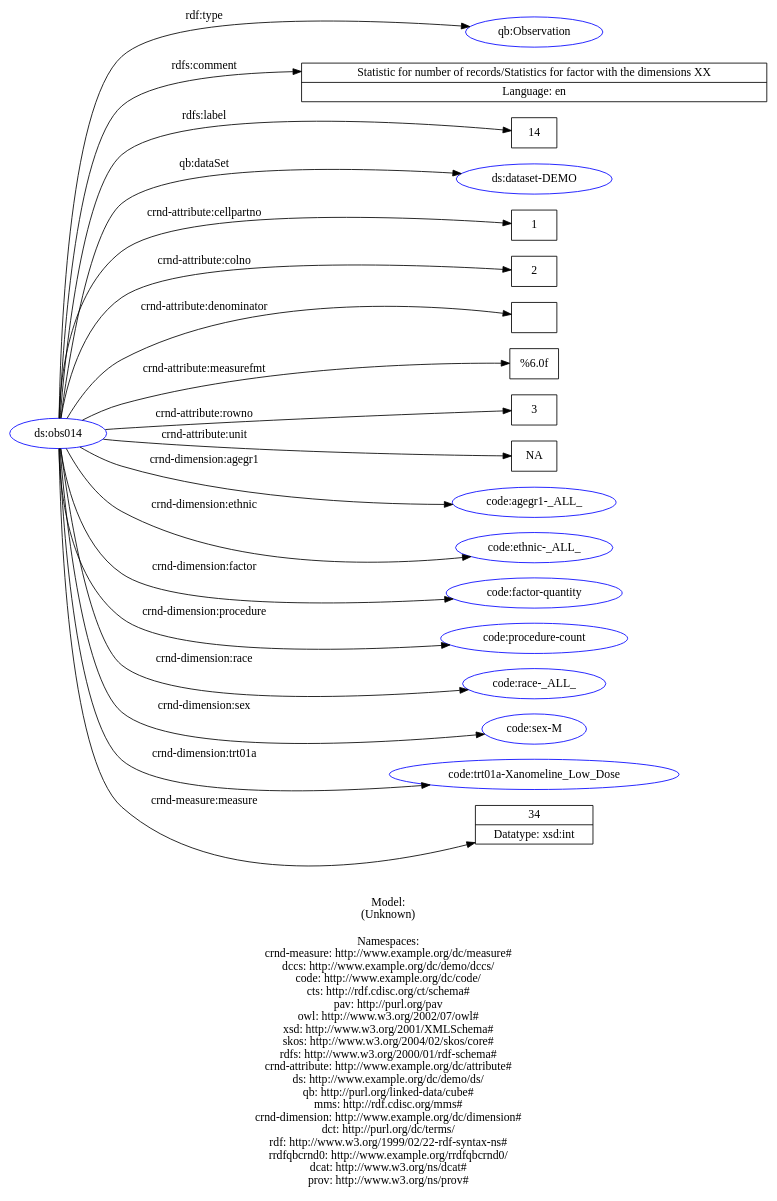
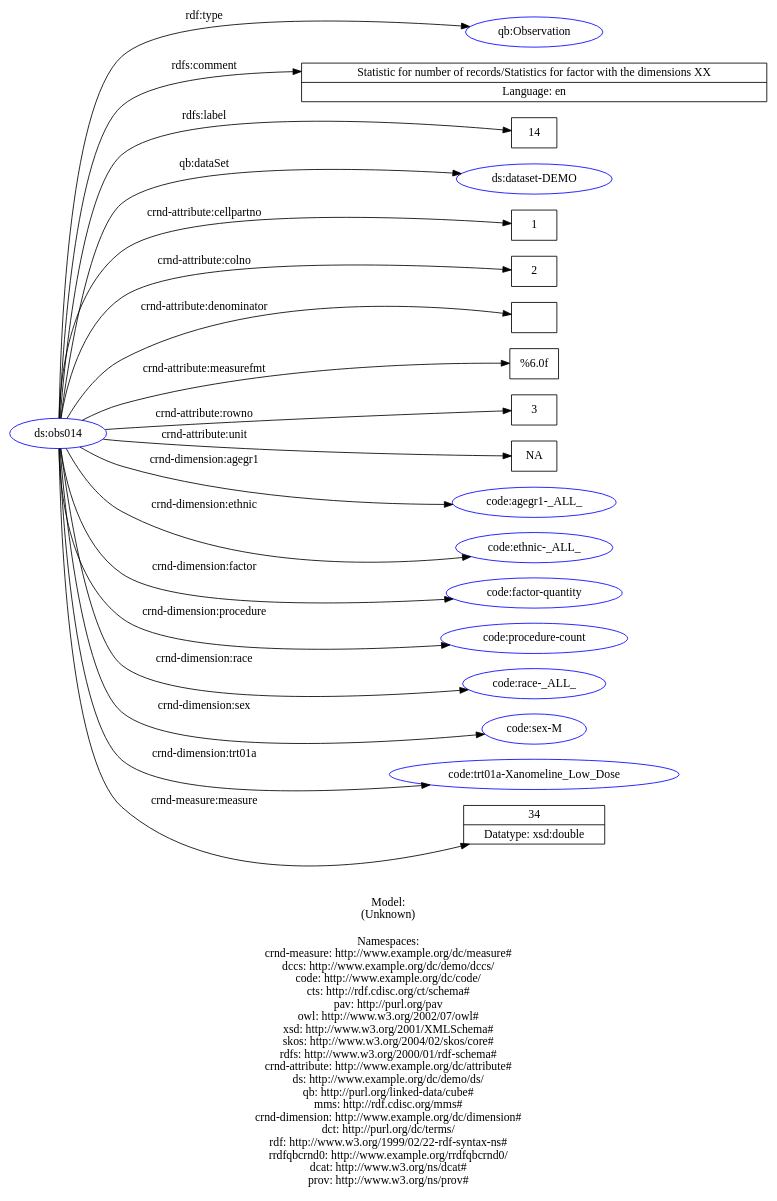
Before and after one commit to MarcJAndersen/rrdfqbcrnd0: the diagram in rrdfqbcrnd0/inst/extdata/sample-rdf/fordot.dot, drawn with Graphviz. The commit also changed 87 other files, not shown here.

```diff
--- a/rrdfqbcrnd0/inst/extdata/sample-rdf/fordot.dot
+++ b/rrdfqbcrnd0/inst/extdata/sample-rdf/fordot.dot
@@ -1,50 +1,50 @@
 digraph {
 	rankdir = LR;
 	charset="utf-8";
 
 	"Rds:obs014" -> "Rqb:Observation" [ label="rdf:type" ];
 	"Rds:obs014" -> "LStatistic for number of records/Statistics for factor with the dimensions XX|Language: en" [ label="rdfs:comment" ];
 	"Rds:obs014" -> "L14" [ label="rdfs:label" ];
 	"Rds:obs014" -> "Rds:dataset-DEMO" [ label="qb:dataSet" ];
 	"Rds:obs014" -> "L1" [ label="crnd-attribute:cellpartno" ];
 	"Rds:obs014" -> "L2" [ label="crnd-attribute:colno" ];
 	"Rds:obs014" -> "L" [ label="crnd-attribute:denominator" ];
 	"Rds:obs014" -> "L%6.0f" [ label="crnd-attribute:measurefmt" ];
 	"Rds:obs014" -> "L3" [ label="crnd-attribute:rowno" ];
 	"Rds:obs014" -> "LNA" [ label="crnd-attribute:unit" ];
 	"Rds:obs014" -> "Rcode:agegr1-_ALL_" [ label="crnd-dimension:agegr1" ];
 	"Rds:obs014" -> "Rcode:ethnic-_ALL_" [ label="crnd-dimension:ethnic" ];
 	"Rds:obs014" -> "Rcode:factor-quantity" [ label="crnd-dimension:factor" ];
 	"Rds:obs014" -> "Rcode:procedure-count" [ label="crnd-dimension:procedure" ];
 	"Rds:obs014" -> "Rcode:race-_ALL_" [ label="crnd-dimension:race" ];
 	"Rds:obs014" -> "Rcode:sex-M" [ label="crnd-dimension:sex" ];
 	"Rds:obs014" -> "Rcode:trt01a-Xanomeline_Low_Dose" [ label="crnd-dimension:trt01a" ];
-	"Rds:obs014" -> "L34|Datatype: xsd:int" [ label="crnd-measure:measure" ];
+	"Rds:obs014" -> "L34|Datatype: xsd:double" [ label="crnd-measure:measure" ];
 
 	// Resources
 	"Rds:obs014" [ label="ds:obs014", shape = ellipse, color = blue ];
 	"Rqb:Observation" [ label="qb:Observation", shape = ellipse, color = blue ];
 	"Rds:dataset-DEMO" [ label="ds:dataset-DEMO", shape = ellipse, color = blue ];
 	"Rcode:agegr1-_ALL_" [ label="code:agegr1-_ALL_", shape = ellipse, color = blue ];
 	"Rcode:ethnic-_ALL_" [ label="code:ethnic-_ALL_", shape = ellipse, color = blue ];
 	"Rcode:factor-quantity" [ label="code:factor-quantity", shape = ellipse, color = blue ];
 	"Rcode:procedure-count" [ label="code:procedure-count", shape = ellipse, color = blue ];
 	"Rcode:race-_ALL_" [ label="code:race-_ALL_", shape = ellipse, color = blue ];
 	"Rcode:sex-M" [ label="code:sex-M", shape = ellipse, color = blue ];
 	"Rcode:trt01a-Xanomeline_Low_Dose" [ label="code:trt01a-Xanomeline_Low_Dose", shape = ellipse, color = blue ];
 
 	// Anonymous nodes
 
 	// Literals
 	"LStatistic for number of records/Statistics for factor with the dimensions XX|Language: en" [ label="Statistic for number of records/Statistics for factor with the dimensions XX|Language: en", shape = record ];
 	"L14" [ label="14", shape = record ];
 	"L1" [ label="1", shape = record ];
 	"L2" [ label="2", shape = record ];
 	"L" [ label="", shape = record ];
 	"L%6.0f" [ label="%6.0f", shape = record ];
 	"L3" [ label="3", shape = record ];
 	"LNA" [ label="NA", shape = record ];
-	"L34|Datatype: xsd:int" [ label="34|Datatype: xsd:int", shape = record ];
+	"L34|Datatype: xsd:double" [ label="34|Datatype: xsd:double", shape = record ];
 
 	label="\n\nModel:\n(Unknown)\n\nNamespaces:\ncrnd-measure: http://www.example.org/dc/measure#\ndccs: http://www.example.org/dc/demo/dccs/\ncode: http://www.example.org/dc/code/\ncts: http://rdf.cdisc.org/ct/schema#\npav: http://purl.org/pav\nowl: http://www.w3.org/2002/07/owl#\nxsd: http://www.w3.org/2001/XMLSchema#\nskos: http://www.w3.org/2004/02/skos/core#\nrdfs: http://www.w3.org/2000/01/rdf-schema#\ncrnd-attribute: http://www.example.org/dc/attribute#\nds: http://www.example.org/dc/demo/ds/\nqb: http://purl.org/linked-data/cube#\nmms: http://rdf.cdisc.org/mms#\ncrnd-dimension: http://www.example.org/dc/dimension#\ndct: http://purl.org/dc/terms/\nrdf: http://www.w3.org/1999/02/22-rdf-syntax-ns#\nrrdfqbcrnd0: http://www.example.org/rrdfqbcrnd0/\ndcat: http://www.w3.org/ns/dcat#\nprov: http://www.w3.org/ns/prov#\n";
 }
```
